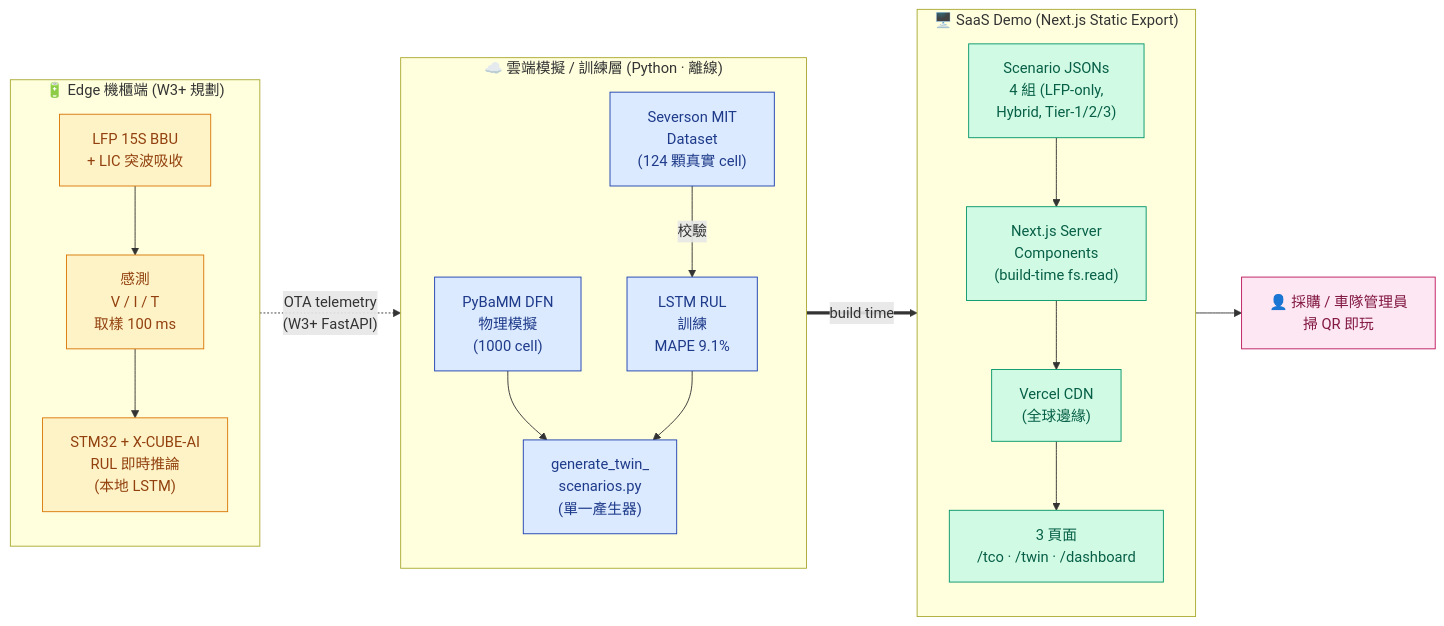
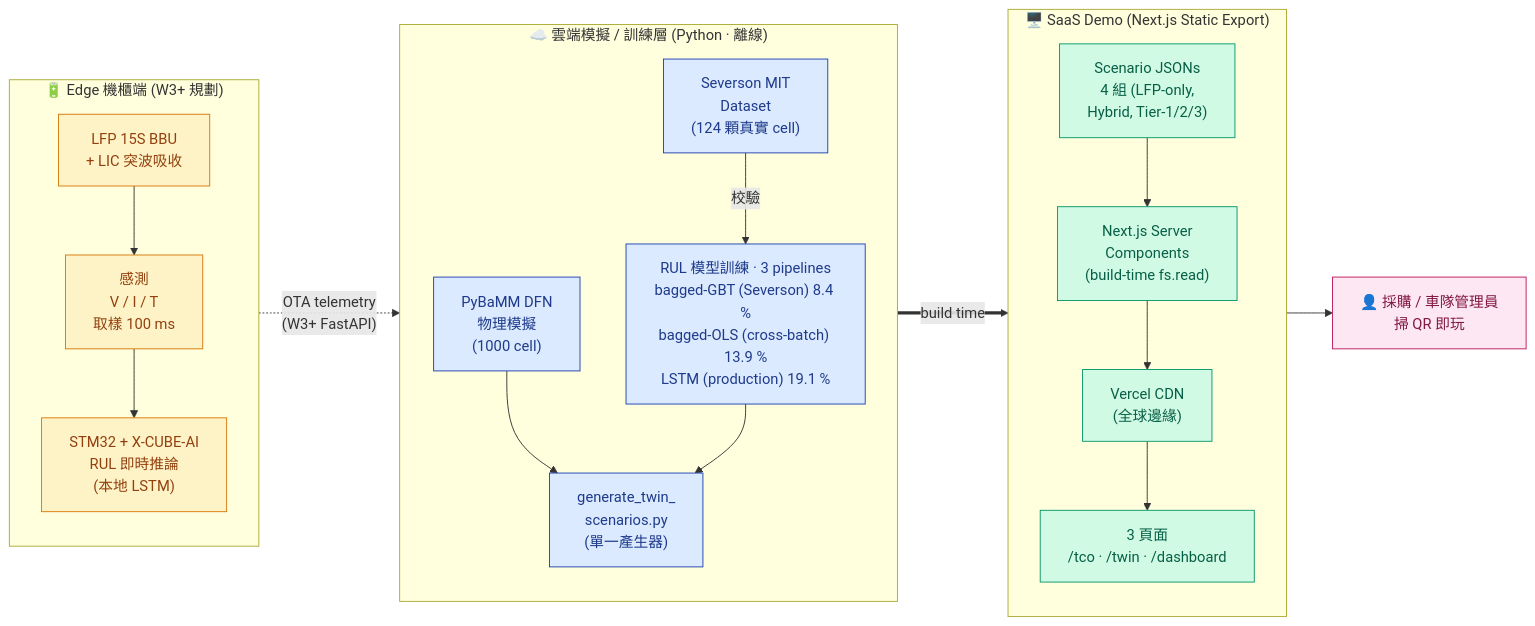
One commit to aericheng/atcc-sysblade changed the diagram in docs/figures/architecture.mmd. Above: the diagram before and after it, drawn with Mermaid. The commit also changed 9 other files, not shown here.

```diff
--- a/docs/figures/architecture.mmd
+++ b/docs/figures/architecture.mmd
@@ -1,52 +1,52 @@
 %%{init: {'theme':'base','themeVariables':{'primaryColor':'#EFF6FF','primaryTextColor':'#0F172A','primaryBorderColor':'#1E40AF','lineColor':'#475569','fontFamily':"'Helvetica Neue', 'PingFang TC', 'Microsoft JhengHei', sans-serif"}}}%%
 flowchart LR
 
   %% ============ EDGE LAYER ============
   subgraph EDGE["🔋 Edge 機櫃端 (W3+ 規劃)"]
     direction TB
     BAT["LFP 15S BBU<br/>+ LIC 突波吸收"]
     SENSOR["感測<br/>V / I / T<br/>取樣 100 ms"]
     MCU["STM32 + X-CUBE-AI<br/>RUL 即時推論<br/>(本地 LSTM)"]
     BAT --> SENSOR --> MCU
   end
 
   %% ============ CLOUD / SIMULATION LAYER ============
   subgraph CLOUD["☁️ 雲端模擬 / 訓練層 (Python · 離線)"]
     direction TB
     SEV["Severson MIT<br/>Dataset<br/>(124 顆真實 cell)"]
     PYBAMM["PyBaMM DFN<br/>物理模擬<br/>(1000 cell)"]
-    LSTM["LSTM RUL<br/>訓練<br/>MAPE 9.1%"]
+    LSTM["RUL 模型訓練 · 3 pipelines<br/>bagged-GBT (Severson) 8.4 %<br/>bagged-OLS (cross-batch) 13.9 %<br/>LSTM (production) 19.1 %"]
     GEN["generate_twin_<br/>scenarios.py<br/>(單一產生器)"]
     SEV -->|校驗| LSTM
     PYBAMM --> GEN
     LSTM --> GEN
   end
 
   %% ============ FRONTEND / SAAS LAYER ============
   subgraph FRONT["🖥️ SaaS Demo (Next.js Static Export)"]
     direction TB
     JSON["Scenario JSONs<br/>4 組 (LFP-only,<br/>Hybrid, Tier-1/2/3)"]
     NEXT["Next.js Server<br/>Components<br/>(build-time fs.read)"]
     CDN["Vercel CDN<br/>(全球邊緣)"]
     PAGES["3 頁面<br/>/tco · /twin · /dashboard"]
     JSON --> NEXT --> CDN --> PAGES
   end
 
   %% ============ USER ============
   USER["👤 採購 / 車隊管理員<br/>掃 QR 即玩"]
 
   %% ============ DATA FLOW ============
   GEN ==>|build time| JSON
   PAGES --> USER
   MCU -.->|"OTA telemetry<br/>(W3+ FastAPI)"| GEN
 
   %% ============ STYLING ============
   classDef edgeStyle fill:#FEF3C7,stroke:#D97706,color:#92400E
   classDef cloudStyle fill:#DBEAFE,stroke:#1E40AF,color:#1E3A8A
   classDef frontStyle fill:#D1FAE5,stroke:#059669,color:#065F46
   classDef userStyle fill:#FCE7F3,stroke:#BE185D,color:#831843
 
   class BAT,SENSOR,MCU edgeStyle
   class SEV,PYBAMM,LSTM,GEN cloudStyle
   class JSON,NEXT,CDN,PAGES frontStyle
   class USER userStyle
```
